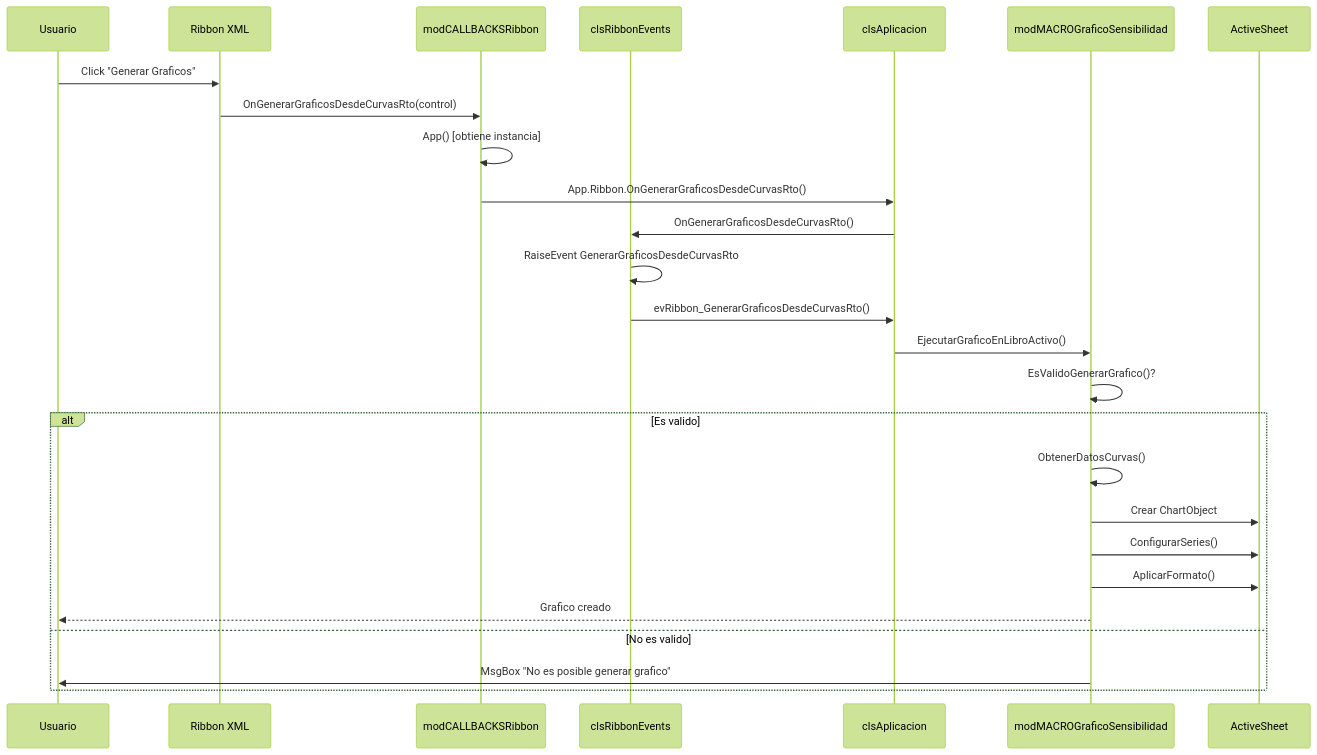
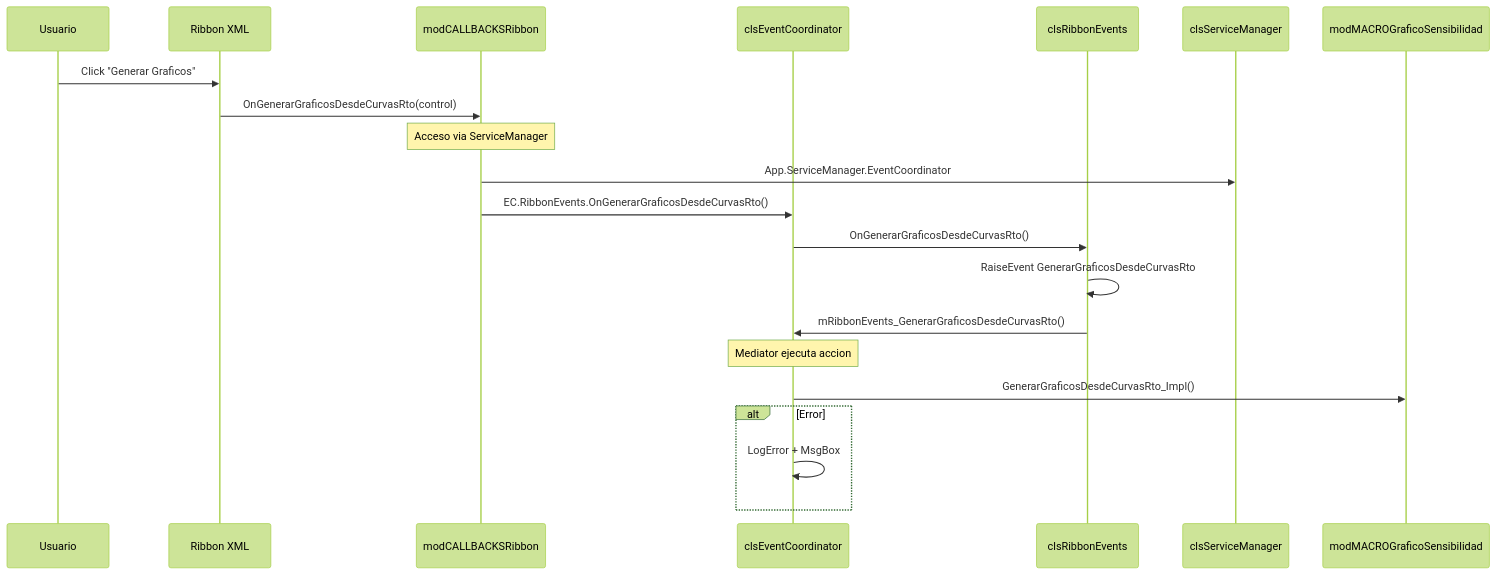
Diagram 11 of 13 in CLAUDE.md (gautxori-yuyu/claude-vba-excel-abc-refactor), drawn with Mermaid (forest theme) before and after one commit. The commit also changed other lines of this file, not shown here.

````diff
--- a/CLAUDE.md
+++ b/CLAUDE.md
@@ -1227,31 +986,29 @@
 ```mermaid
 sequenceDiagram
     participant User as Usuario
     participant XML as Ribbon XML
-    participant Callback as modCALLBACKSRibbon
-    participant RibbonEv as clsRibbonEvents
-    participant App as clsAplicacion
+    participant CB as modCALLBACKSRibbon
+    participant EC as clsEventCoordinator
+    participant REV as clsRibbonEvents
+    participant SM as clsServiceManager
     participant Grafico as modMACROGraficoSensibilidad
-    participant Excel as ActiveSheet
 
     User->>XML: Click "Generar Graficos"
-    XML->>Callback: OnGenerarGraficosDesdeCurvasRto(control)
-    Callback->>Callback: App() [obtiene instancia]
-    Callback->>App: App.Ribbon.OnGenerarGraficosDesdeCurvasRto()
-    App->>RibbonEv: OnGenerarGraficosDesdeCurvasRto()
-    RibbonEv->>RibbonEv: RaiseEvent GenerarGraficosDesdeCurvasRto
+    XML->>CB: OnGenerarGraficosDesdeCurvasRto(control)
 
-    RibbonEv->>App: evRibbon_GenerarGraficosDesdeCurvasRto()
-    App->>Grafico: EjecutarGraficoEnLibroActivo()
+    Note over CB: Acceso via ServiceManager
+    CB->>SM: App.ServiceManager.EventCoordinator
+    CB->>EC: EC.RibbonEvents.OnGenerarGraficosDesdeCurvasRto()
 
-    Grafico->>Grafico: EsValidoGenerarGrafico()?
-    alt Es valido
-        Grafico->>Grafico: ObtenerDatosCurvas()
-        Grafico->>Excel: Crear ChartObject
-        Grafico->>Excel: ConfigurarSeries()
-        Grafico->>Excel: AplicarFormato()
-        Grafico-->>User: Grafico creado
-    else No es valido
-        Grafico->>User: MsgBox "No es posible generar grafico"
+    EC->>REV: OnGenerarGraficosDesdeCurvasRto()
+    REV->>REV: RaiseEvent GenerarGraficosDesdeCurvasRto
+
+    REV->>EC: mRibbonEvents_GenerarGraficosDesdeCurvasRto()
+
+    Note over EC: Mediator ejecuta accion
+    EC->>Grafico: GenerarGraficosDesdeCurvasRto_Impl()
+
+    alt Error
+        EC->>EC: LogError + MsgBox
     end
 ```
````
